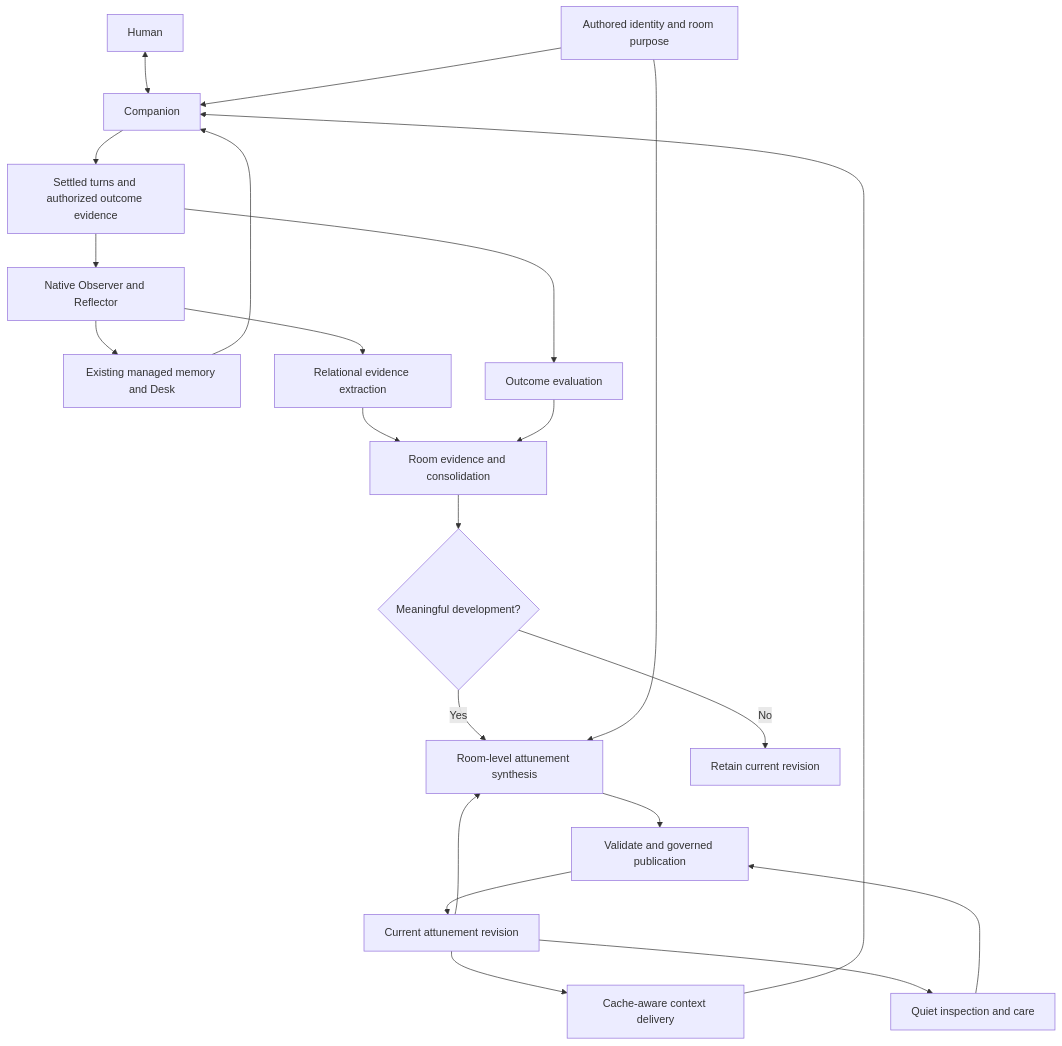
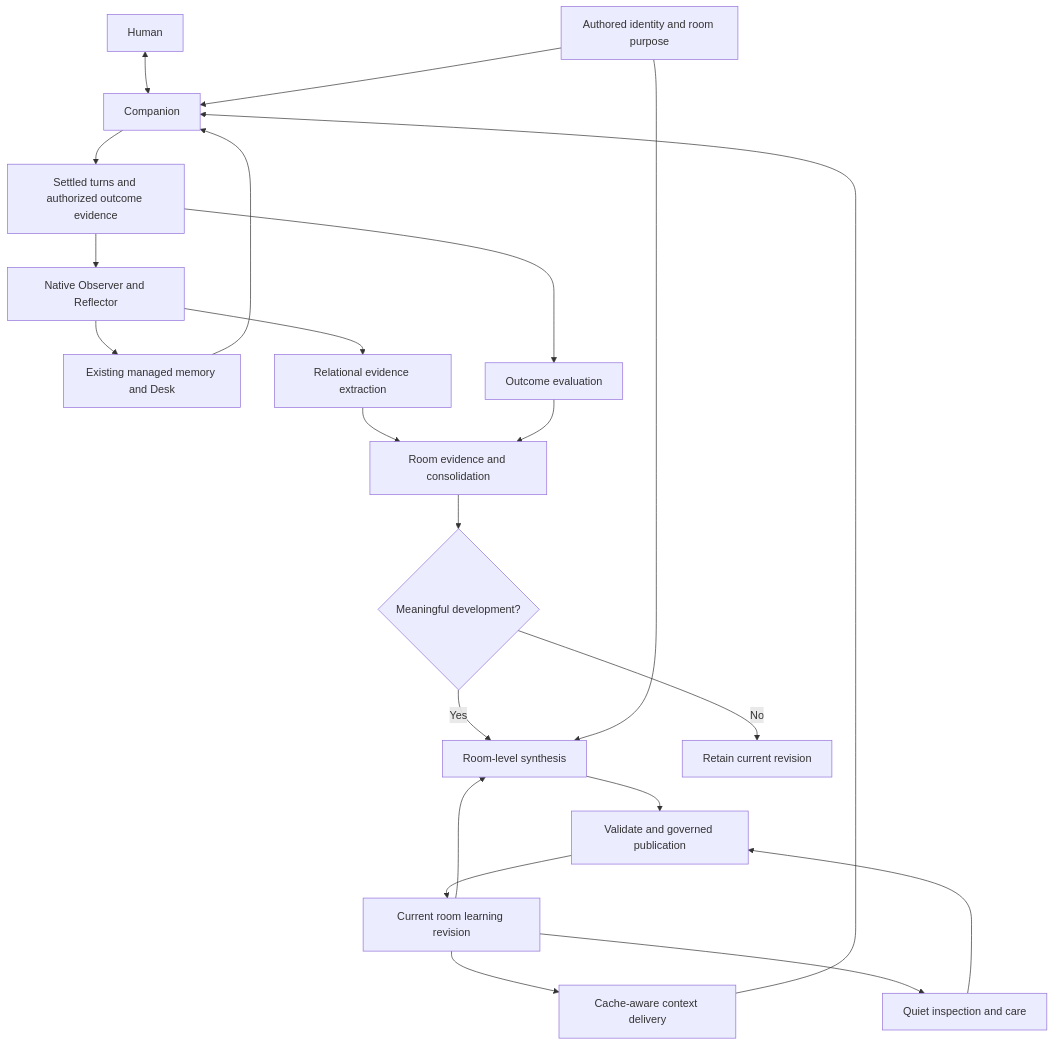
Before and after one commit to radz2291/VICT-Quellight-02: the diagram in docs/PHASE-4-SPECIFICATION.md, drawn with Mermaid. The commit also changed other lines of this file and 3 other files, not shown here.

````diff
--- a/docs/PHASE-4-SPECIFICATION.md
+++ b/docs/PHASE-4-SPECIFICATION.md
@@ -74,24 +97,24 @@
 ```mermaid
 flowchart TD
     U[Human] <--> C[Companion]
     I[Authored identity and room purpose] --> C
     M[Existing managed memory and Desk] --> C
     C --> T[Settled turns and authorized outcome evidence]
     T --> O[Native Observer and Reflector]
     O --> M
     O --> E[Relational evidence extraction]
     E --> L[Room evidence and consolidation]
     L --> G{Meaningful development?}
-    G -->|Yes| S[Room-level attunement synthesis]
-    A[Current attunement revision] --> S
+    G -->|Yes| S[Room-level synthesis]
+    A[Current room learning revision] --> S
     I --> S
     S --> V[Validate and governed publication]
     V --> A
     G -->|No| N[Retain current revision]
     A --> X[Cache-aware context delivery]
     X --> C
     T --> Q[Outcome evaluation]
     Q --> L
     A --> UI[Quiet inspection and care]
     UI --> V
 ```
````
